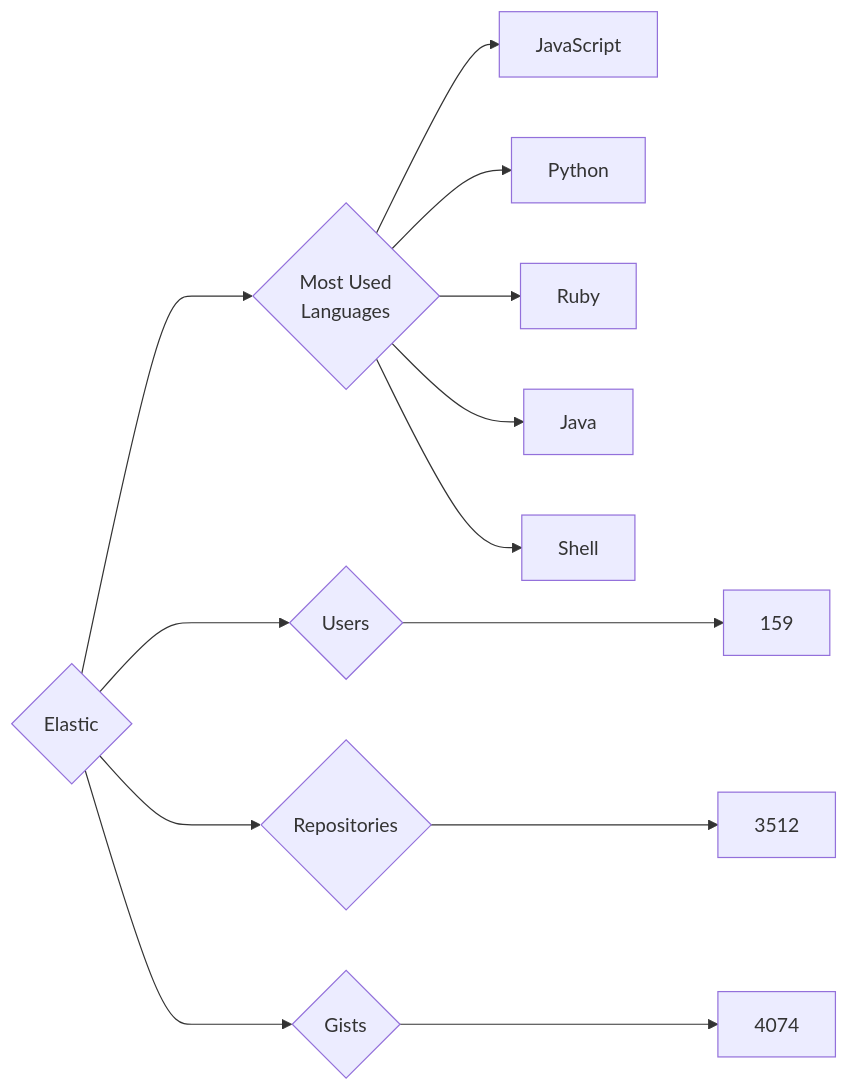
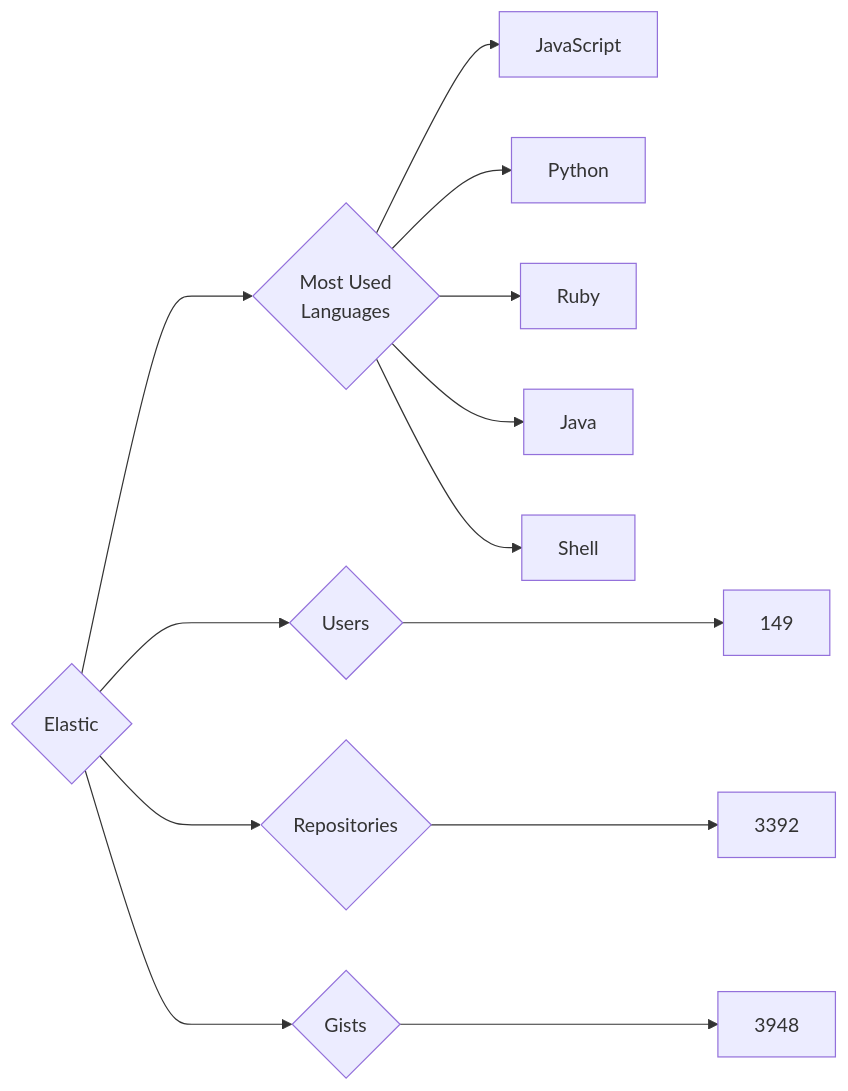
Before and after one commit to trickest/insiders: the diagram in targets/Elastic/README.md, drawn with Mermaid. The commit also changed 773 other files, not shown here.

````diff
--- a/targets/Elastic/README.md
+++ b/targets/Elastic/README.md
@@ -3,13 +3,13 @@
 ```mermaid
 graph LR
 COMPANY_NAME{Elastic}
-COMPANY_NAME ---> U{Users} ---> UN[159]
-COMPANY_NAME ---> R{Repositories} ---> RN[3512]
-COMPANY_NAME ---> G{Gists} ---> GN[4074]
+COMPANY_NAME ---> U{Users} ---> UN[149]
+COMPANY_NAME ---> R{Repositories} ---> RN[3392]
+COMPANY_NAME ---> G{Gists} ---> GN[3948]
 COMPANY_NAME ---> ML{Most Used<br>Languages}
 ML --> JavaScript[JavaScript]
 ML --> Python[Python]
 ML --> Ruby[Ruby]
 ML --> Java[Java]
 ML --> Shell[Shell]
 ```
````
